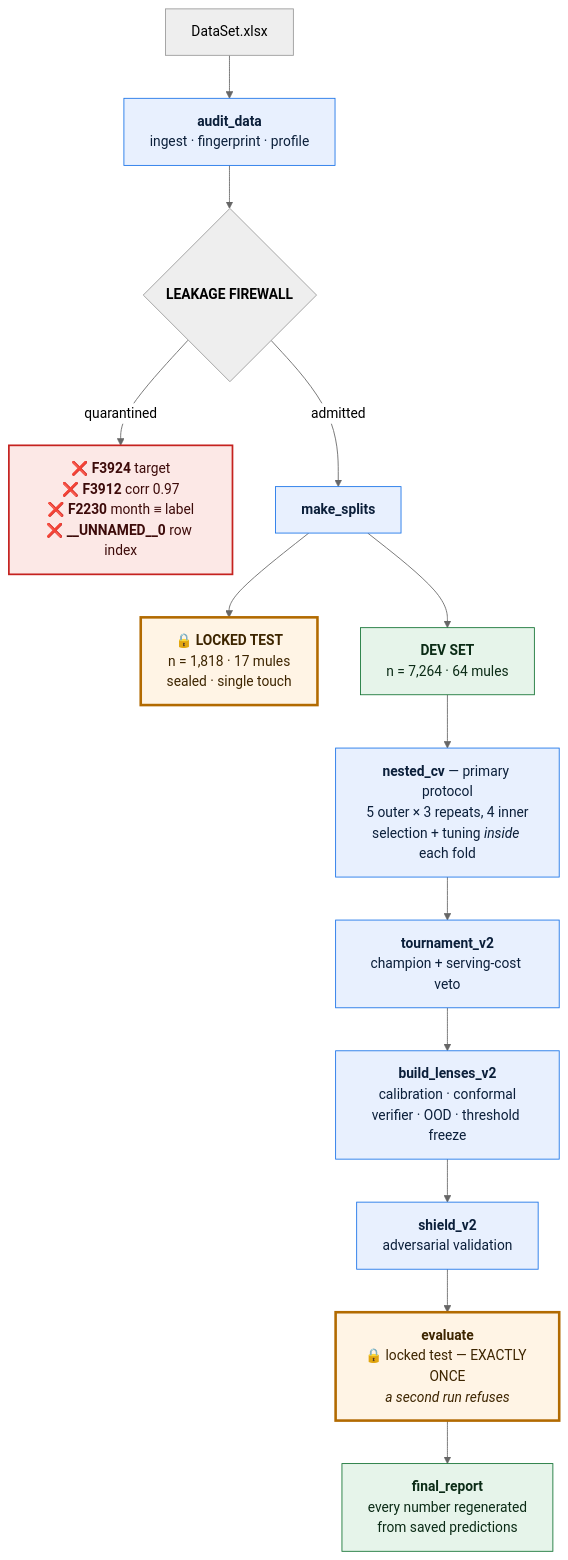
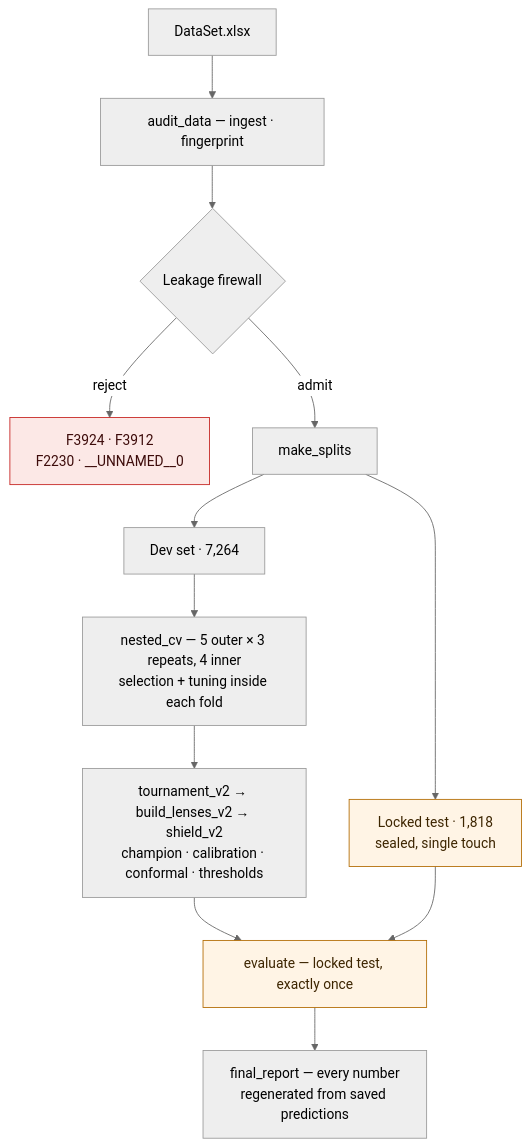
Before and after one commit to Hardik182005/BOI_hackathon: the third of 3 diagrams in README.md, drawn with Mermaid (neutral theme). The commit also changed other lines of this file, not shown here.

First line of the commit message:
docs(readme): simplify architecture diagrams, drop tagline

````diff
--- a/README.md
+++ b/README.md
@@ -217,28 +176,20 @@
 ```mermaid
 flowchart TB
-    A["DataSet.xlsx"] --> B["<b>audit_data</b><br/>ingest · fingerprint · profile"]
-    B --> C{"<b>LEAKAGE FIREWALL</b>"}
+    A["DataSet.xlsx"] --> B["audit_data — ingest · fingerprint"]
+    B --> C{"Leakage firewall"}
+    C -->|reject| X["F3924 · F3912<br/>F2230 · __UNNAMED__0"]
+    C -->|admit| D["make_splits"]
+    D --> E["Locked test · 1,818<br/>sealed, single touch"]
+    D --> F["Dev set · 7,264"]
+    F --> G["nested_cv — 5 outer × 3 repeats, 4 inner<br/>selection + tuning inside each fold"]
+    G --> H["tournament_v2 → build_lenses_v2 → shield_v2<br/>champion · calibration · conformal · thresholds"]
+    H --> I["evaluate — locked test, exactly once"]
+    E --> I
+    I --> J["final_report — every number<br/>regenerated from saved predictions"]
 
-    C -->|quarantined| X["<b>❌ F3924</b> target<br/><b>❌ F3912</b> corr 0.97<br/><b>❌ F2230</b> month ≡ label<br/><b>❌ __UNNAMED__0</b> row index"]
-    C -->|admitted| D["<b>make_splits</b>"]
-
-    D --> E["<b>🔒 LOCKED TEST</b><br/>n = 1,818 · 17 mules<br/>sealed · single touch"]
-    D --> F["<b>DEV SET</b><br/>n = 7,264 · 64 mules"]
-
-    F --> G["<b>nested_cv</b> — primary protocol<br/>5 outer × 3 repeats, 4 inner<br/>selection + tuning <i>inside</i> each fold"]
-    G --> H["<b>tournament_v2</b><br/>champion + serving-cost veto"]
-    H --> I["<b>build_lenses_v2</b><br/>calibration · conformal<br/>verifier · OOD · threshold freeze"]
-    I --> J["<b>shield_v2</b><br/>adversarial validation"]
-    J --> K["<b>evaluate</b><br/>🔒 locked test — EXACTLY ONCE<br/><i>a second run refuses</i>"]
-    K --> L["<b>final_report</b><br/>every number regenerated<br/>from saved predictions"]
-
-    classDef bad fill:#fce8e6,stroke:#c5221f,color:#3d0b0a,stroke-width:2px
-    classDef seal fill:#fff4e5,stroke:#b26a00,color:#3d2500,stroke-width:3px
-    classDef proc fill:#e8f0fe,stroke:#1a73e8,color:#0b1f3a
-    classDef out fill:#e6f4ea,stroke:#137333,color:#0b2b16
+    classDef bad fill:#fce8e6,stroke:#c5221f,color:#3d0b0a
+    classDef seal fill:#fff4e5,stroke:#b26a00,color:#3d2500
 
     class X bad
-    class E,K seal
-    class B,D,G,H,I,J proc
-    class L,F out
+    class E,I seal
 ```
````
